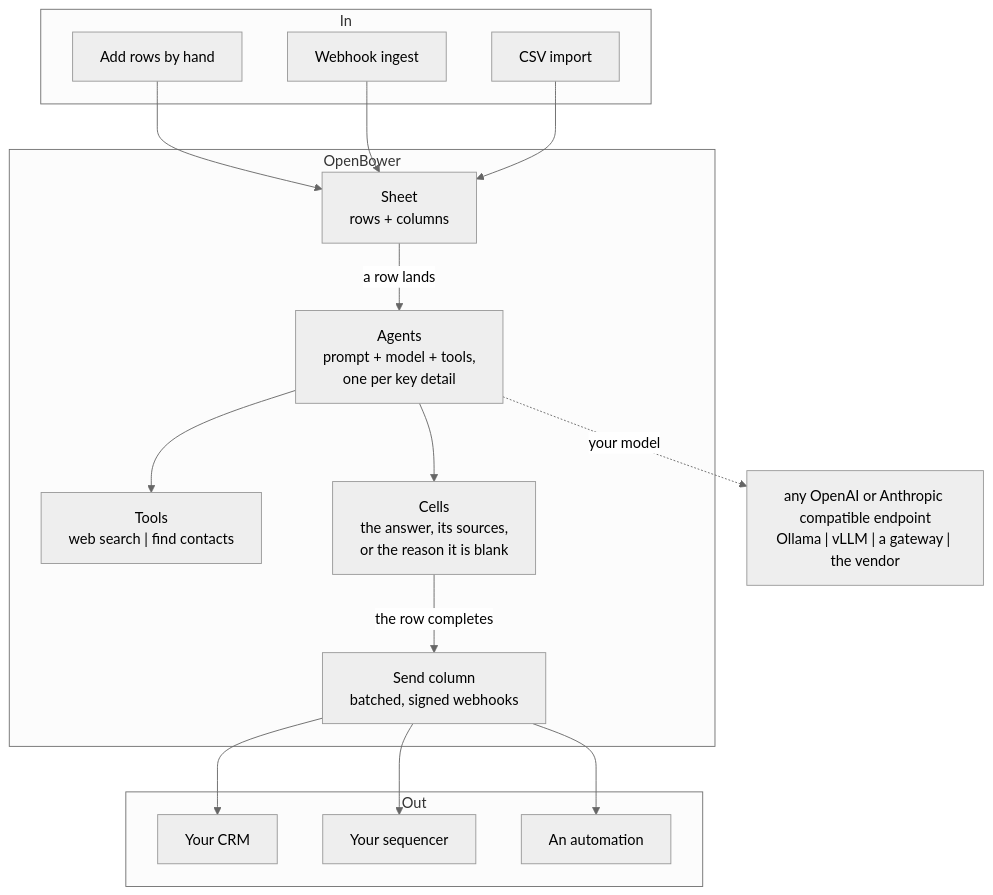
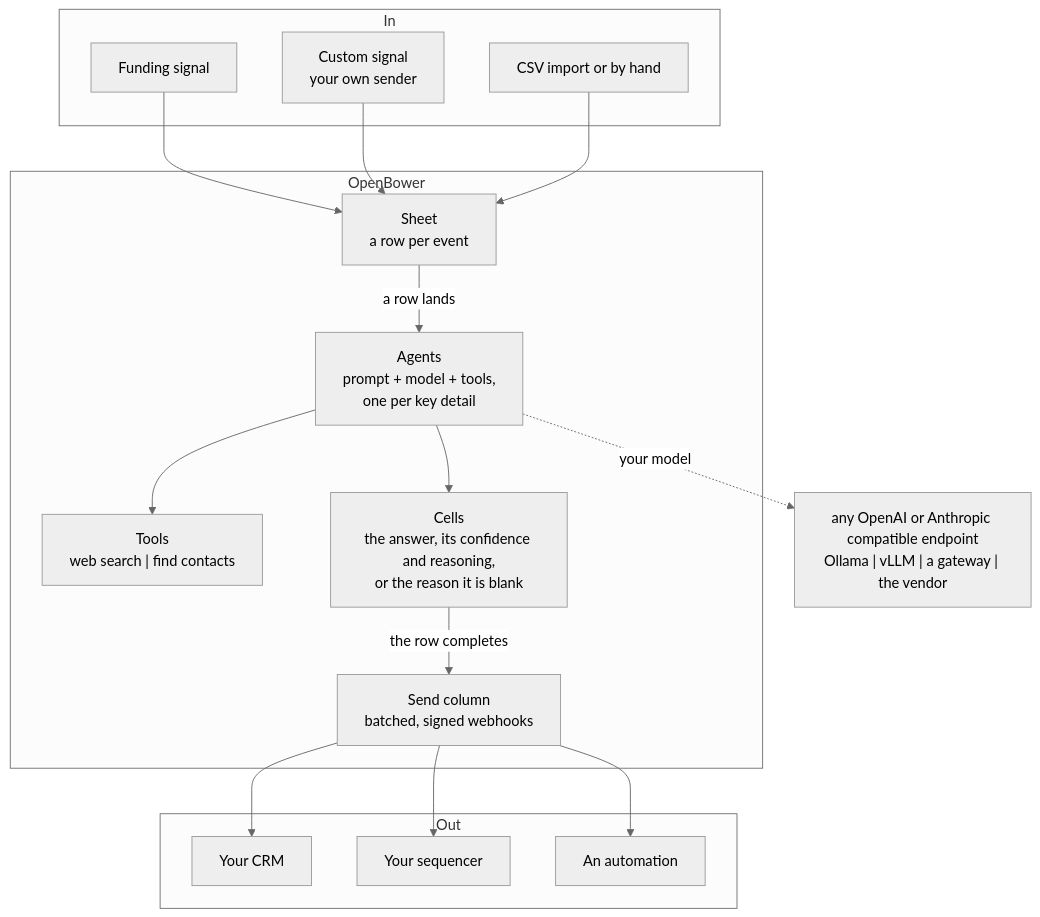
Before and after one commit to obris-dev/openbower: the diagram in README.md, drawn with Mermaid (neutral theme). The commit also changed other lines of this file and 9 other files, not shown here.

````diff
--- a/README.md
+++ b/README.md
@@ -97,34 +94,34 @@
 ```mermaid
 graph TD
     subgraph In
-        UI[Add rows by hand]
-        HOOK[Webhook ingest]
-        CSV[CSV import]
+        FUND[Funding signal]
+        CUSTOM[Custom signal<br/>your own sender]
+        CSV[CSV import or by hand]
     end
 
     subgraph OpenBower
-        SHEET["Sheet<br/>rows + columns"]
+        SHEET["Sheet<br/>a row per event"]
         AGENT["Agents<br/>prompt + model + tools,<br/>one per key detail"]
         TOOLS["Tools<br/>web search | find contacts"]
-        CELLS["Cells<br/>the answer, its sources,<br/>or the reason it is blank"]
+        CELLS["Cells<br/>the answer, its confidence and reasoning,<br/>or the reason it is blank"]
         OUT["Send column<br/>batched, signed webhooks"]
     end
 
     subgraph Out
         CRM[Your CRM]
         SEQ[Your sequencer]
         AUTO[An automation]
     end
 
-    UI --> SHEET
-    HOOK --> SHEET
+    FUND --> SHEET
+    CUSTOM --> SHEET
     CSV --> SHEET
     SHEET -- "a row lands" --> AGENT
     AGENT --> TOOLS
     AGENT -. "your model" .-> LLM["any OpenAI or Anthropic compatible endpoint<br/>Ollama | vLLM | a gateway | the vendor"]
     AGENT --> CELLS
     CELLS -- "the row completes" --> OUT
     OUT --> CRM
     OUT --> SEQ
     OUT --> AUTO
 ```
````
